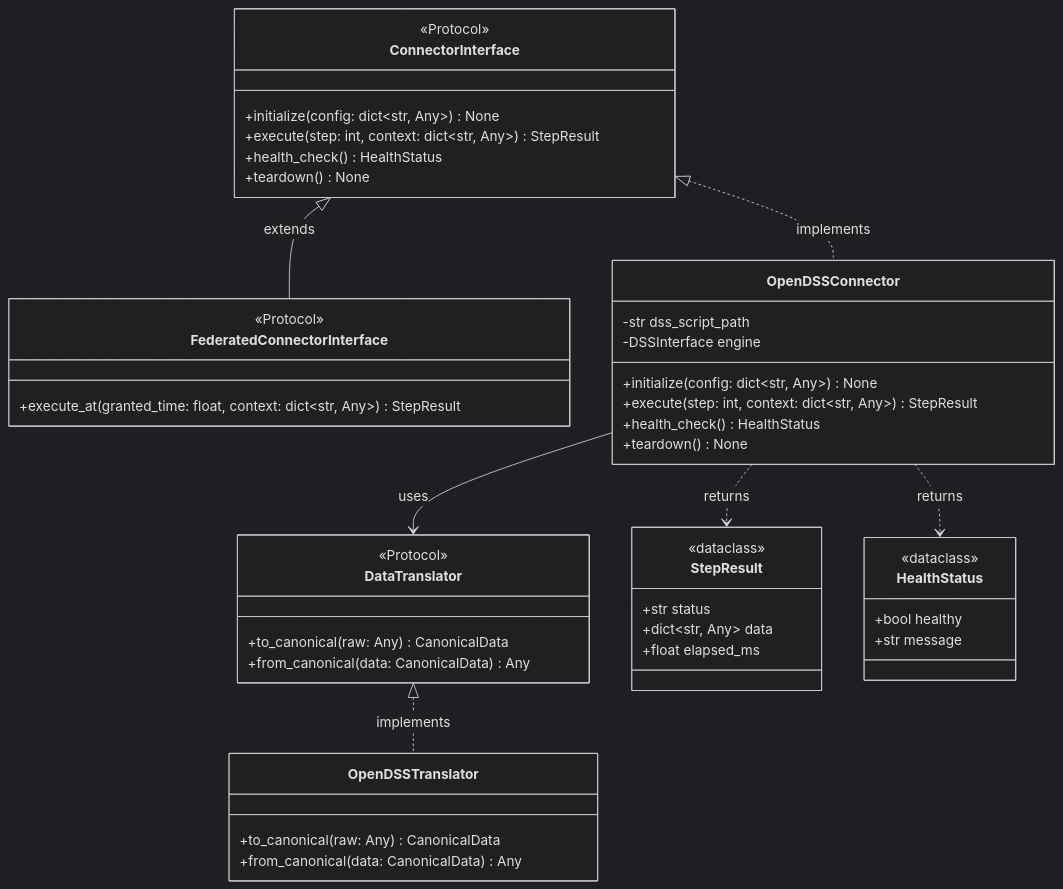
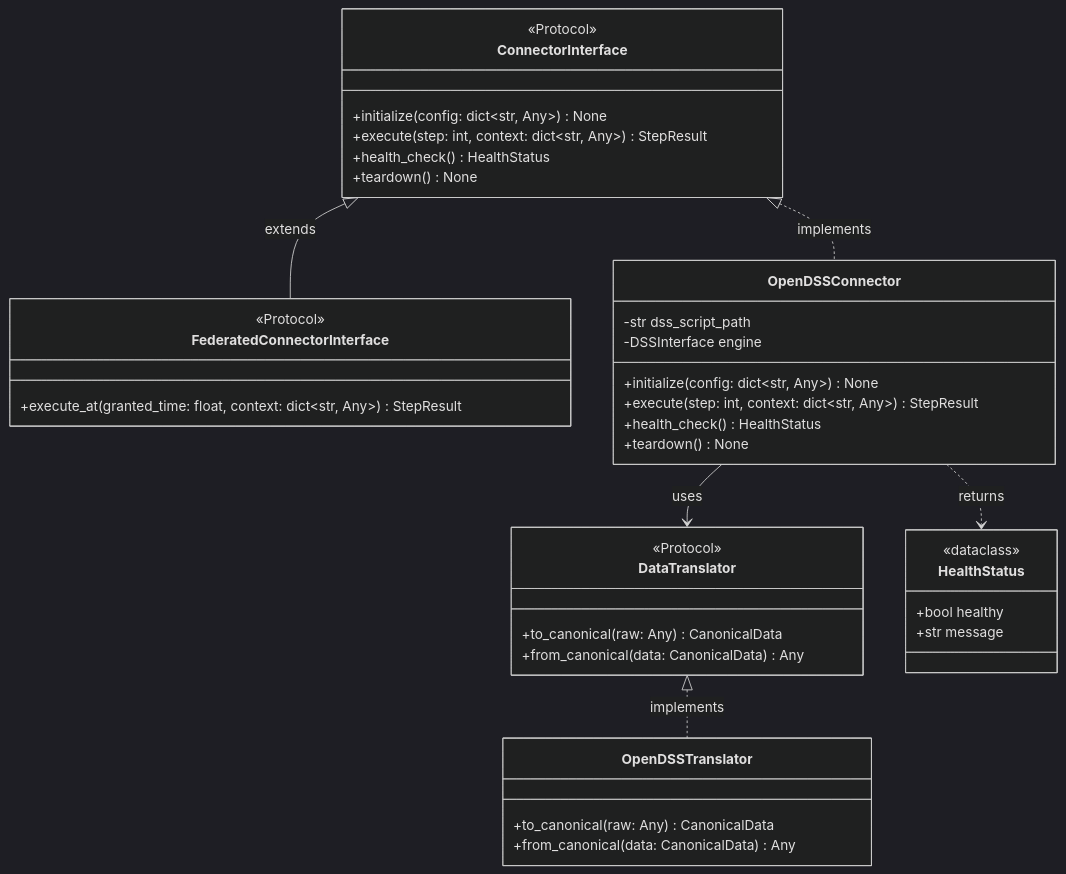
The first of 2 diagrams in docs/detailed_design/03b_usecase_classes.md (bottlenome/gridflow), drawn with Mermaid (dark theme) before and after one commit. The commit also changed 3 other files, not shown here.

````diff
--- a/docs/detailed_design/03b_usecase_classes.md
+++ b/docs/detailed_design/03b_usecase_classes.md
@@ -227,55 +227,51 @@
 ```mermaid
 classDiagram
     class ConnectorInterface {
         <<Protocol>>
         +initialize(config: dict~str, Any~) None
         +execute(step: int, context: dict~str, Any~) StepResult
         +health_check() HealthStatus
         +teardown() None
     }
 
     class FederatedConnectorInterface {
         <<Protocol>>
         +execute_at(granted_time: float, context: dict~str, Any~) StepResult
     }
 
     class OpenDSSConnector {
         -str dss_script_path
         -DSSInterface engine
         +initialize(config: dict~str, Any~) None
         +execute(step: int, context: dict~str, Any~) StepResult
         +health_check() HealthStatus
         +teardown() None
     }
 
     class DataTranslator {
         <<Protocol>>
         +to_canonical(raw: Any) CanonicalData
         +from_canonical(data: CanonicalData) Any
     }
 
     class OpenDSSTranslator {
         +to_canonical(raw: Any) CanonicalData
         +from_canonical(data: CanonicalData) Any
     }
 
-    class StepResult {
-        <<dataclass>>
-        +str status
-        +dict~str, Any~ data
-        +float elapsed_ms
-    }
+    %% StepResult は v0.7 で 03e_usecase_results.md §3.11.3 へ移設済み
+    %% (StepStatus enum + step_id/timestamp/error 属性追加)
 
     class HealthStatus {
         <<dataclass>>
         +bool healthy
         +str message
     }
 
     ConnectorInterface <|-- FederatedConnectorInterface : extends
     ConnectorInterface <|.. OpenDSSConnector : implements
     DataTranslator <|.. OpenDSSTranslator : implements
     OpenDSSConnector --> DataTranslator : uses
-    OpenDSSConnector ..> StepResult : returns
     OpenDSSConnector ..> HealthStatus : returns
+    %% OpenDSSConnector ..> StepResult : returns  (StepResult は 03e へ移設)
 ```
````
